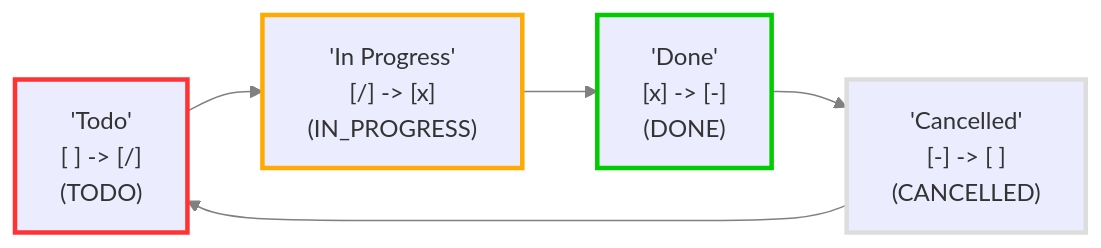
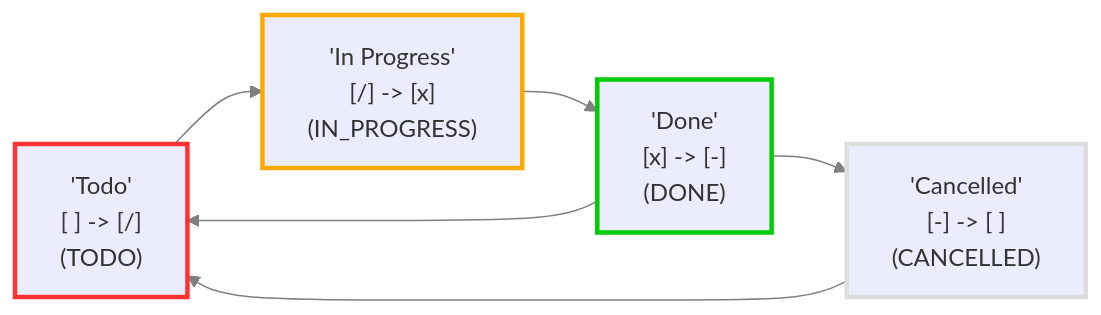
Before and after one commit to obsidian-tasks-group/obsidian-tasks: the diagram in tests/DocumentationSamples/DocsSamplesForStatuses.test.DefaultStatuses_done-toggles-to-cancelled.approved.detailed.mermaid.md, drawn with Mermaid. The commit also changed 2 other files, not shown here.

Commit message:
feat: Show non-standard recurrence transitions in Mermaid

````diff
--- a/tests/DocumentationSamples/DocsSamplesForStatuses.test.DefaultStatuses_done-toggles-to-cancelled.approved.detailed.mermaid.md
+++ b/tests/DocumentationSamples/DocsSamplesForStatuses.test.DefaultStatuses_done-toggles-to-cancelled.approved.detailed.mermaid.md
@@ -2,20 +2,21 @@
 ```mermaid
 flowchart LR
 
 classDef TODO        stroke:#f33,stroke-width:3px;
 classDef DONE        stroke:#0c0,stroke-width:3px;
 classDef IN_PROGRESS stroke:#fa0,stroke-width:3px;
 classDef CANCELLED   stroke:#ddd,stroke-width:3px;
 classDef NON_TASK    stroke:#99e,stroke-width:3px;
 
 1["'Todo'<br>[ ] -> [/]<br>(TODO)"]:::TODO
 2["'Done'<br>[x] -> [-]<br>(DONE)"]:::DONE
 3["'In Progress'<br>[/] -> [x]<br>(IN_PROGRESS)"]:::IN_PROGRESS
 4["'Cancelled'<br>[-] -> [ ]<br>(CANCELLED)"]:::CANCELLED
 1 --> 3
 2 --> 4
+2 --> 1
 3 --> 2
 4 --> 1
 
 linkStyle default stroke:gray
 ```
````
